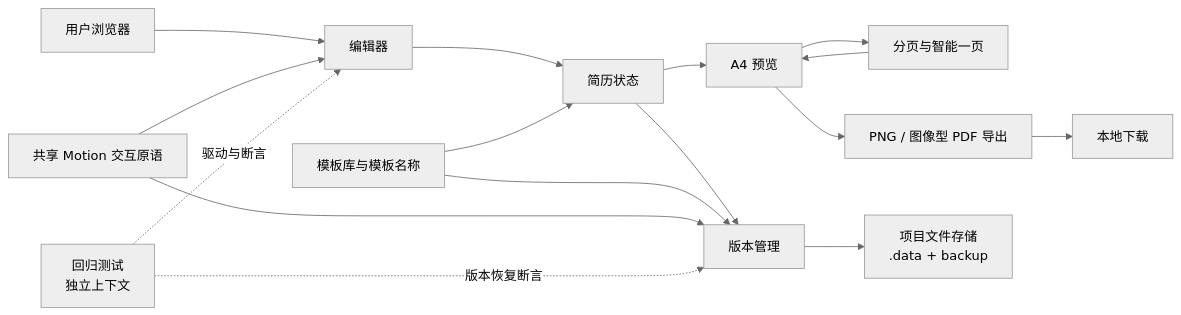
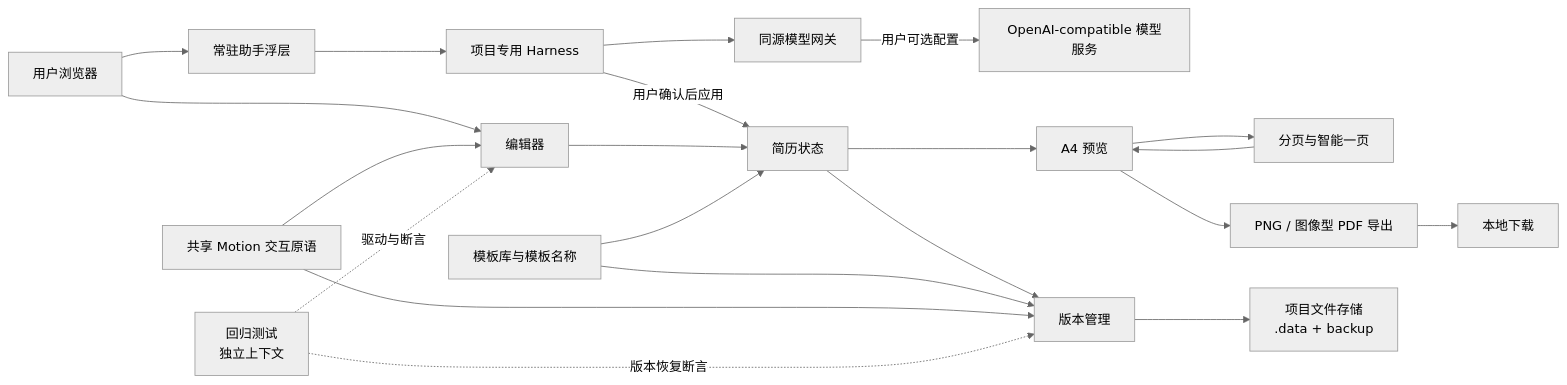
One commit to StarryCode-Lang/ZineCV changed the diagram in docs/architecture.md. Above: the diagram before and after it, drawn with Mermaid (neutral theme). The commit also changed other lines of this file and 44 other files, not shown here.

````diff
--- a/docs/architecture.md
+++ b/docs/architecture.md
@@ -10,18 +10,23 @@
 ```mermaid
 flowchart LR
     Browser[用户浏览器] --> Editor[编辑器]
+    Browser --> Assistant[常驻助手浮层]
+    Assistant --> Harness[项目专用 Harness]
+    Harness -->|用户确认后应用| State
+    Harness --> Gateway[同源模型网关]
+    Gateway -->|用户可选配置| Model[OpenAI-compatible 模型服务]
     Editor --> State[简历状态]
     State --> Preview[A4 预览]
     Preview --> Pagination[分页与智能一页]
     Pagination --> Preview
     Preview --> Export[PNG / 图像型 PDF 导出]
     Export --> Downloads[本地下载]
     State --> Versions[版本管理]
     Versions --> Storage[项目文件存储\n.data + backup]
     Templates[模板库与模板名称] --> State
     Templates --> Versions
     Motion[共享 Motion 交互原语] --> Editor
     Motion --> Versions
     Tests[回归测试\n独立上下文] -.驱动与断言.-> Editor
     Tests -.版本恢复断言.-> Versions
 ```
````
